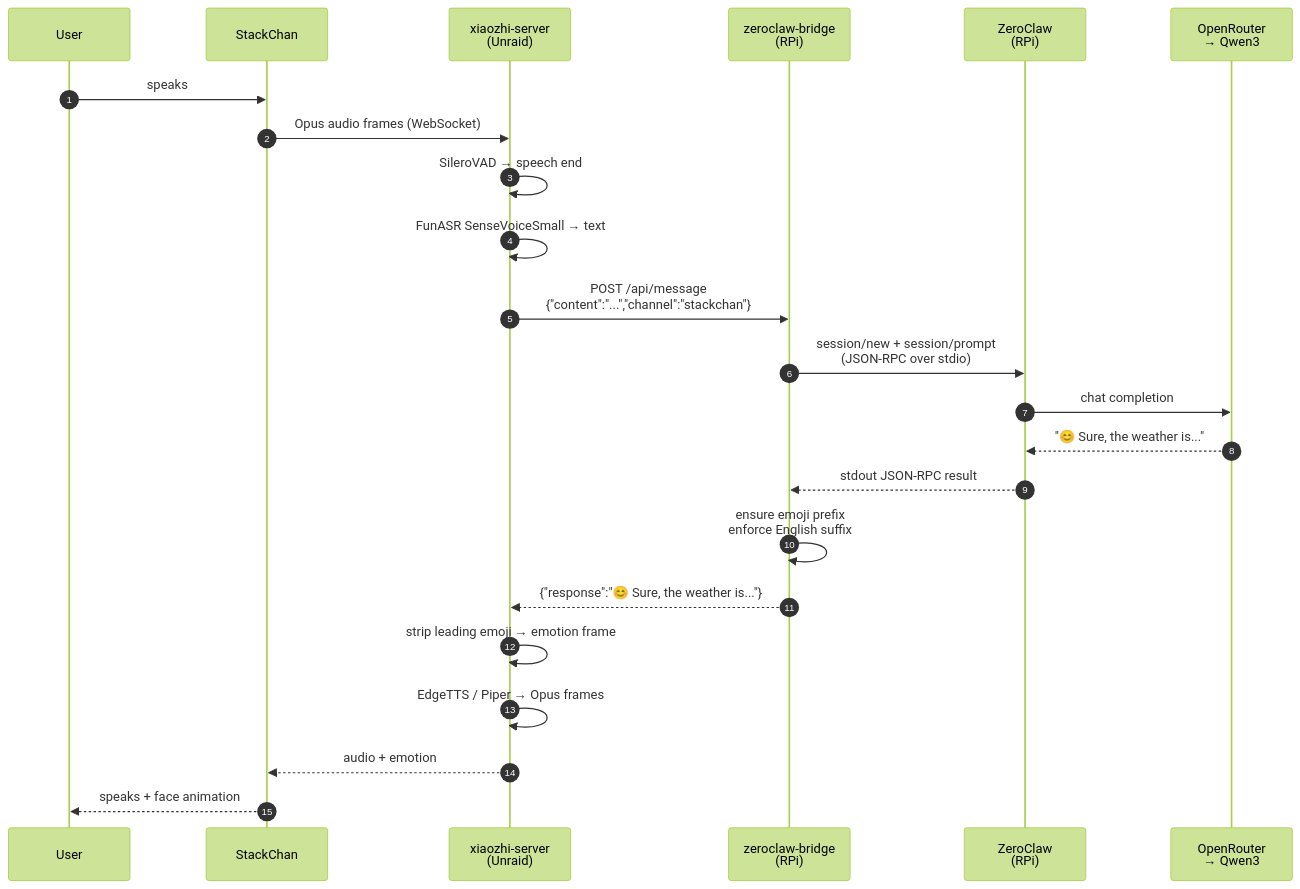
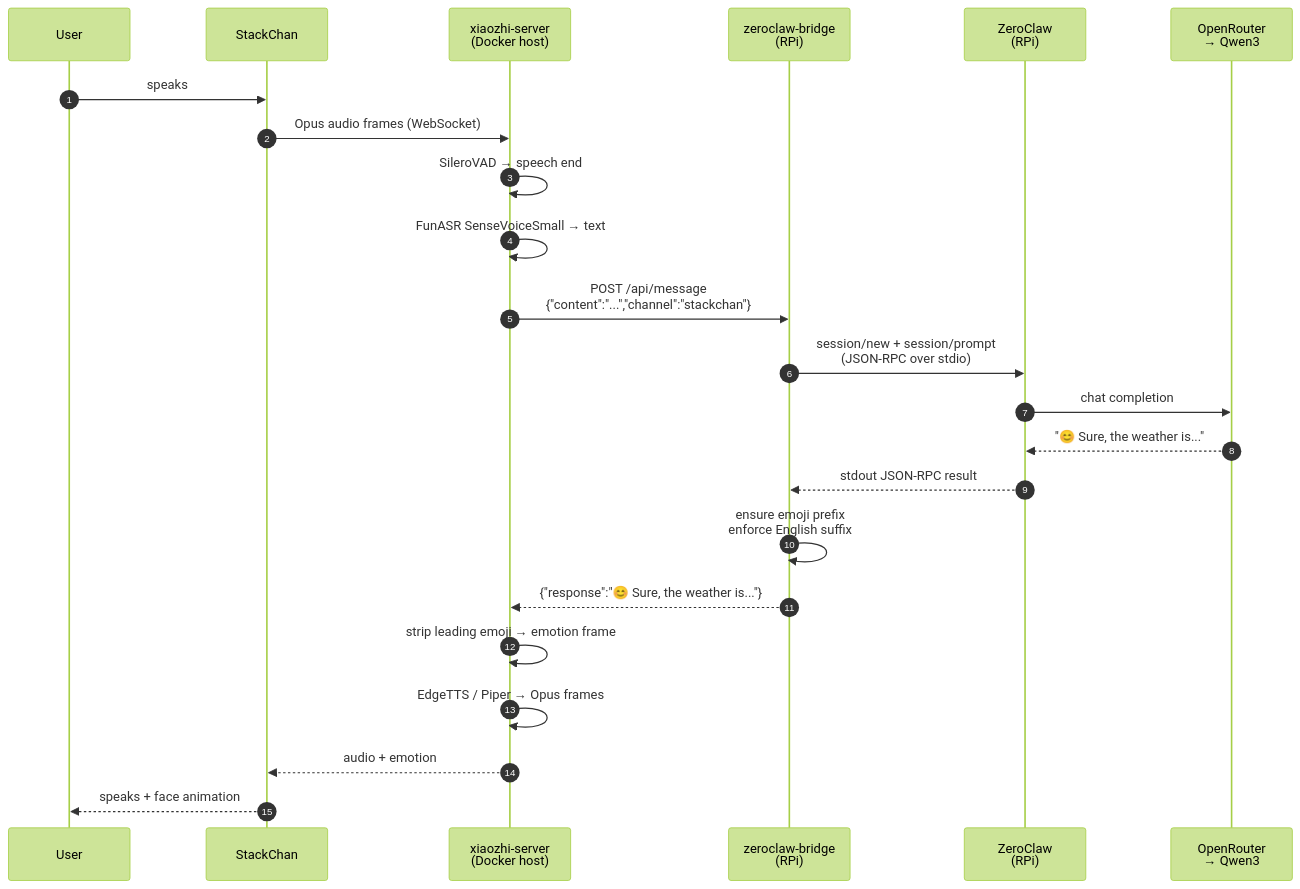
One commit to BrettKinny/dotty-stackchan changed the diagram in docs/architecture.md. Above: the diagram before and after it, drawn with Mermaid (forest theme). The commit also changed other lines of this file and 29 other files, not shown here.

````diff
--- a/docs/architecture.md
+++ b/docs/architecture.md
@@ -29,26 +29,26 @@
 ```mermaid
 sequenceDiagram
     autonumber
     participant User
     participant SC as StackChan
-    participant XZ as xiaozhi-server<br/>(Unraid)
+    participant XZ as xiaozhi-server<br/>(Docker host)
     participant Br as zeroclaw-bridge<br/>(RPi)
     participant ZC as ZeroClaw<br/>(RPi)
     participant LLM as OpenRouter<br/>→ Qwen3
 
     User->>SC: speaks
     SC->>XZ: Opus audio frames (WebSocket)
     XZ->>XZ: SileroVAD → speech end
     XZ->>XZ: FunASR SenseVoiceSmall → text
     XZ->>Br: POST /api/message<br/>{"content":"...","channel":"stackchan"}
     Br->>ZC: session/new + session/prompt<br/>(JSON-RPC over stdio)
     ZC->>LLM: chat completion
     LLM-->>ZC: "😊 Sure, the weather is..."
     ZC-->>Br: stdout JSON-RPC result
     Br->>Br: ensure emoji prefix<br/>enforce English suffix
     Br-->>XZ: {"response":"😊 Sure, the weather is..."}
     XZ->>XZ: strip leading emoji → emotion frame
     XZ->>XZ: EdgeTTS / Piper → Opus frames
     XZ-->>SC: audio + emotion
     SC-->>User: speaks + face animation
 ```
````
